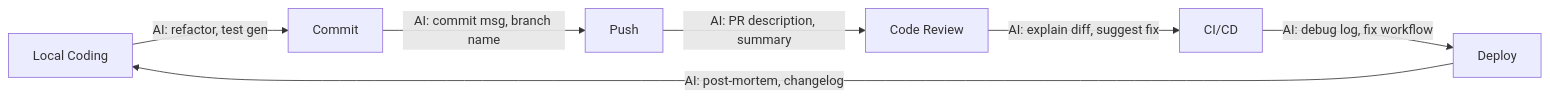
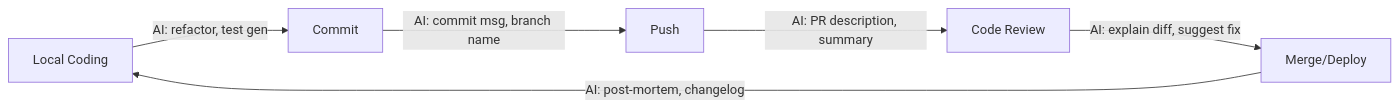
One commit to githubna-ilham/AI_Cursor changed the diagram in Hari-3-Advanced-Workflow-Security-Capstone/Sesi-09-Advanced-Workflow/materi.md. Above: the diagram before and after it, drawn with Mermaid. The commit also changed other lines of this file and 2 other files, not shown here.

````diff
--- a/Hari-3-Advanced-Workflow-Security-Capstone/Sesi-09-Advanced-Workflow/materi.md
+++ b/Hari-3-Advanced-Workflow-Security-Capstone/Sesi-09-Advanced-Workflow/materi.md
@@ -26,9 +25,8 @@
 ```mermaid
 flowchart LR
     A[Local Coding] -->|AI: refactor, test gen| B[Commit]
     B -->|AI: commit msg, branch name| C[Push]
     C -->|AI: PR description, summary| D[Code Review]
-    D -->|AI: explain diff, suggest fix| E[CI/CD]
-    E -->|AI: debug log, fix workflow| F[Deploy]
+    D -->|AI: explain diff, suggest fix| F[Merge/Deploy]
     F -->|AI: post-mortem, changelog| A
 ```
````
